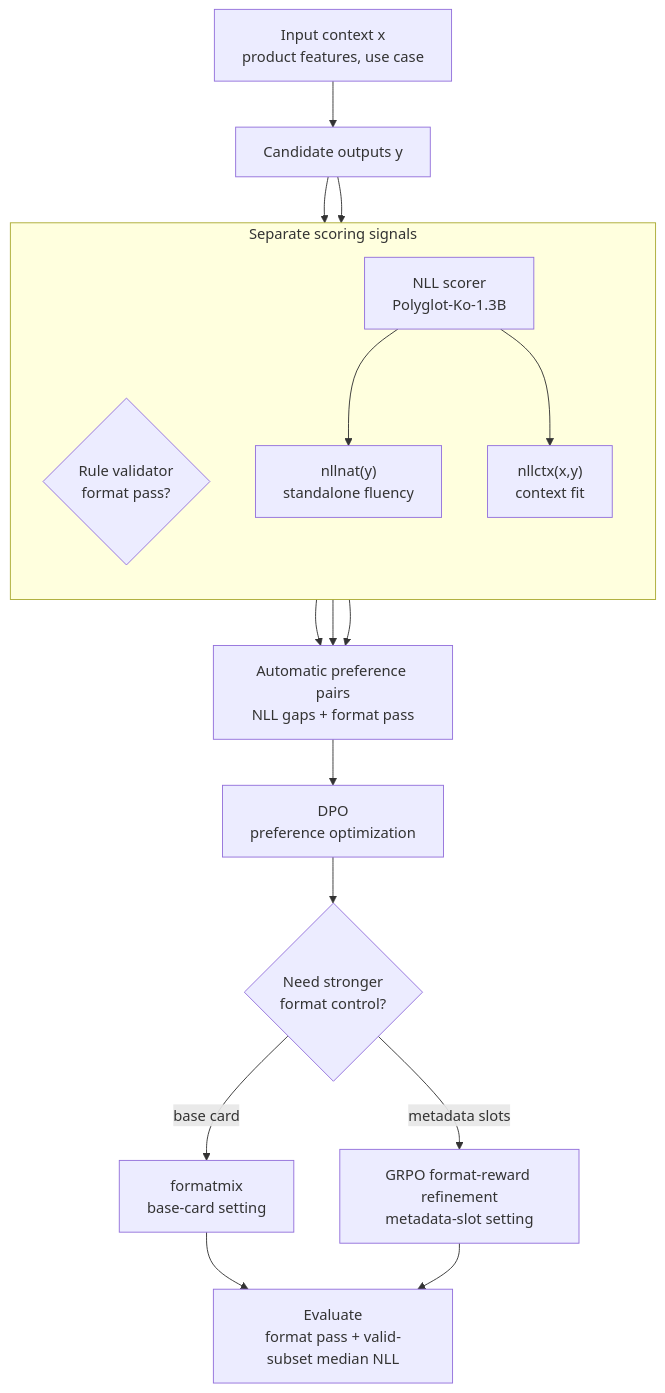
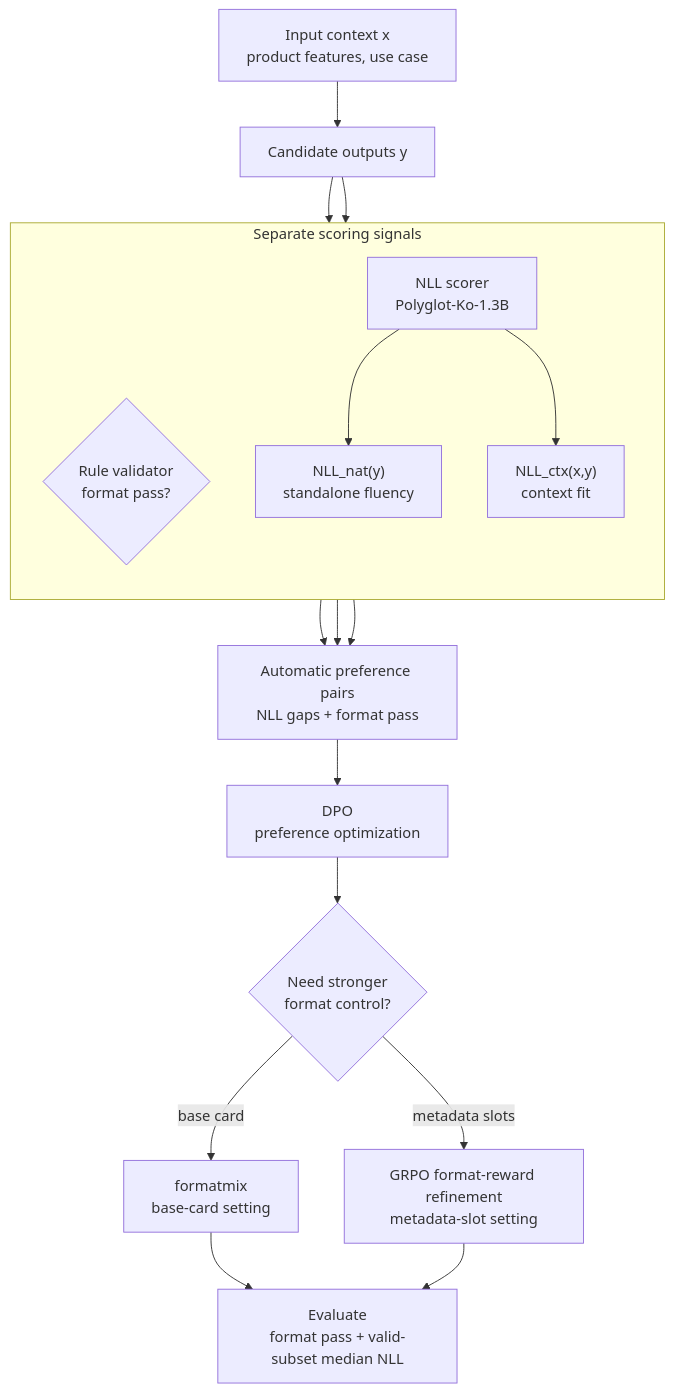
Before and after one commit to muted-color/muted-color.github.io: the diagram in _posts/2026-05-30-korean-ui-nll-proxy-alignment.md, drawn with Mermaid. The commit also changed other lines of this file and 1 other file, not shown here.

Commit message:
Unify NLL proxy labels and refine Figure 3

````diff
--- a/_posts/2026-05-30-korean-ui-nll-proxy-alignment.md
+++ b/_posts/2026-05-30-korean-ui-nll-proxy-alignment.md
@@ -81,35 +81,35 @@
 ```mermaid
 flowchart TB
   A["Input context x<br/>product features, use case"]
   B["Candidate outputs y"]
 
   subgraph S["Separate scoring signals"]
     direction TB
     C{"Rule validator<br/>format pass?"}
     D["NLL scorer<br/>Polyglot-Ko-1.3B"]
-    E["nllnat(y)<br/>standalone fluency"]
-    F["nllctx(x,y)<br/>context fit"]
+    E["NLL_nat(y)<br/>standalone fluency"]
+    F["NLL_ctx(x,y)<br/>context fit"]
   end
 
   G["Automatic preference pairs<br/>NLL gaps + format pass"]
   H["DPO<br/>preference optimization"]
   I{"Need stronger<br/>format control?"}
   J["formatmix<br/>base-card setting"]
   K["GRPO format-reward refinement<br/>metadata-slot setting"]
   L["Evaluate<br/>format pass + valid-subset median NLL"]
 
   A --> B
   B --> C
   B --> D
   D --> E
   D --> F
   C --> G
   E --> G
   F --> G
   G --> H
   H --> I
   I -->|base card| J
   I -->|metadata slots| K
   J --> L
   K --> L
 ```
````
